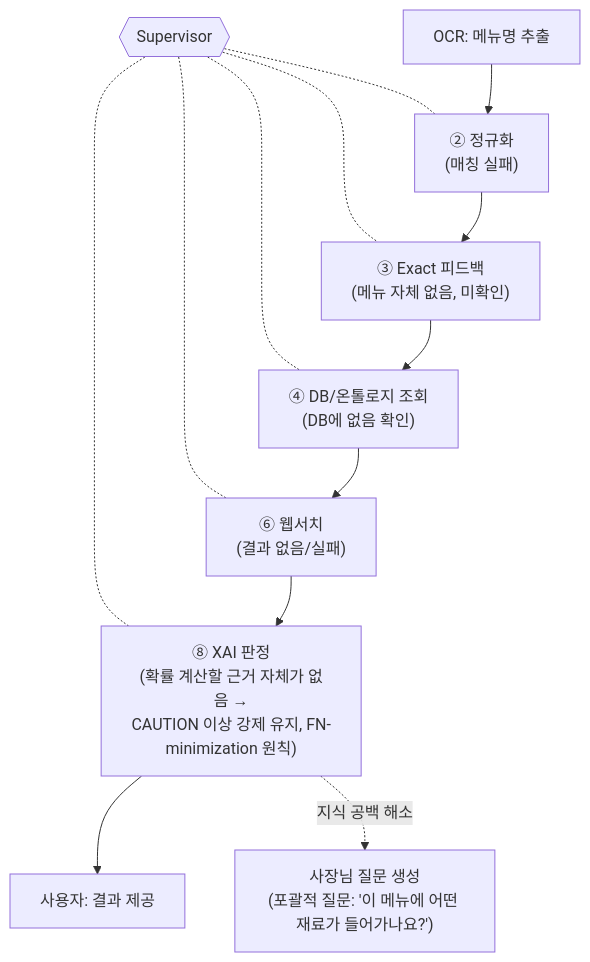
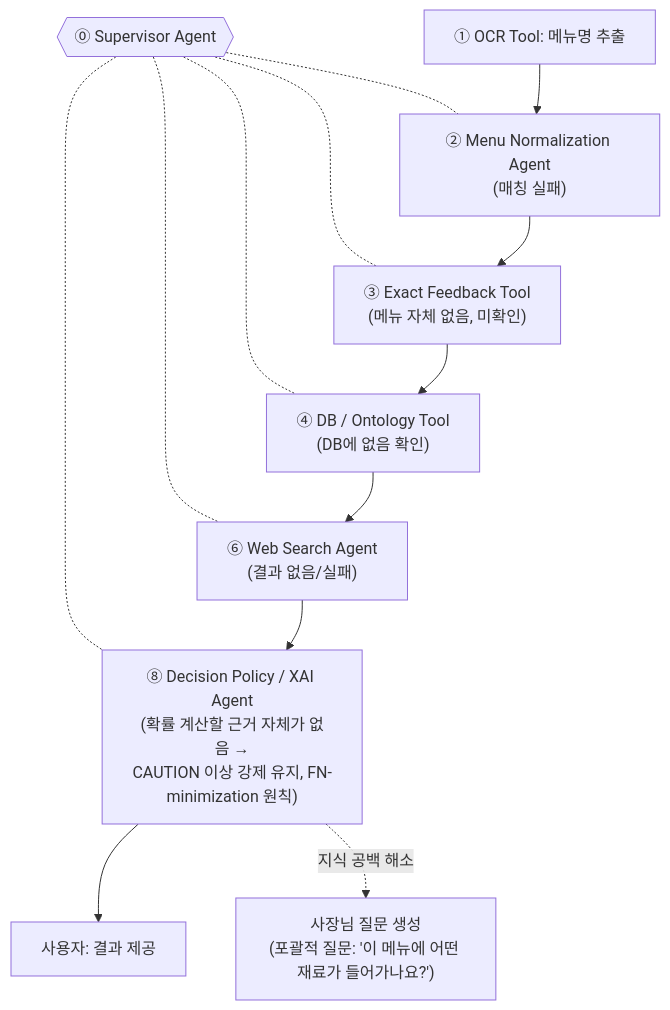
One commit to Han-Spoon/ai changed the sixth of 7 diagrams in docs/catoin-multi-agent-architecture.md. Above: the diagram before and after it, drawn with Mermaid. The commit also changed other lines of this file and 13 other files, not shown here.

First line of the commit message:
docs: Agent·Tool 번호와 명칭을 PPT 기준으로 통일

````diff
--- a/docs/catoin-multi-agent-architecture.md
+++ b/docs/catoin-multi-agent-architecture.md
@@ -132,17 +133,17 @@
 ```mermaid
 flowchart TB
-    SUP{{Supervisor}}
+    SUP{{⓪ Supervisor Agent}}
     SUP -.- B
     SUP -.- C
     SUP -.- D
     SUP -.- W
     SUP -.- F
 
-    A[OCR: 메뉴명 추출] --> B["② 정규화\n(매칭 실패)"]
-    B --> C["③ Exact 피드백\n(메뉴 자체 없음, 미확인)"]
-    C --> D["④ DB/온톨로지 조회\n(DB에 없음 확인)"]
-    D --> W["⑥ 웹서치\n(결과 없음/실패)"]
-    W --> F["⑧ XAI 판정\n(확률 계산할 근거 자체가 없음 →\nCAUTION 이상 강제 유지, FN-minimization 원칙)"]
+    A[① OCR Tool: 메뉴명 추출] --> B["② Menu Normalization Agent\n(매칭 실패)"]
+    B --> C["③ Exact Feedback Tool\n(메뉴 자체 없음, 미확인)"]
+    C --> D["④ DB / Ontology Tool\n(DB에 없음 확인)"]
+    D --> W["⑥ Web Search Agent\n(결과 없음/실패)"]
+    W --> F["⑧ Decision Policy / XAI Agent\n(확률 계산할 근거 자체가 없음 →\nCAUTION 이상 강제 유지, FN-minimization 원칙)"]
     F --> G[사용자: 결과 제공]
     F -.지식 공백 해소.-> H["사장님 질문 생성\n(포괄적 질문: '이 메뉴에 어떤 재료가 들어가나요?')"]
 ```
````
